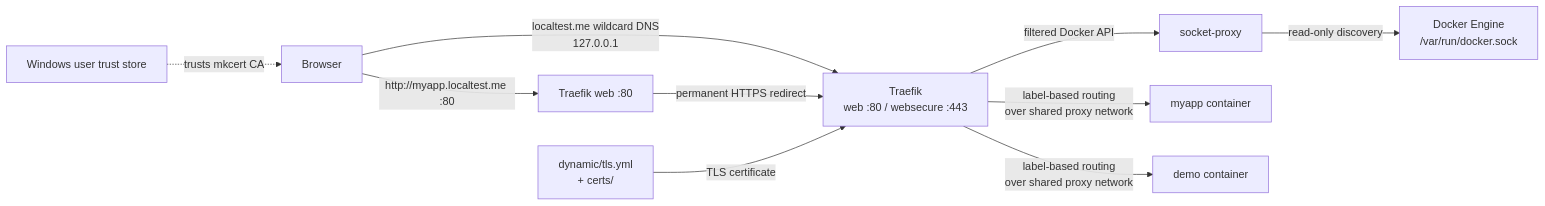
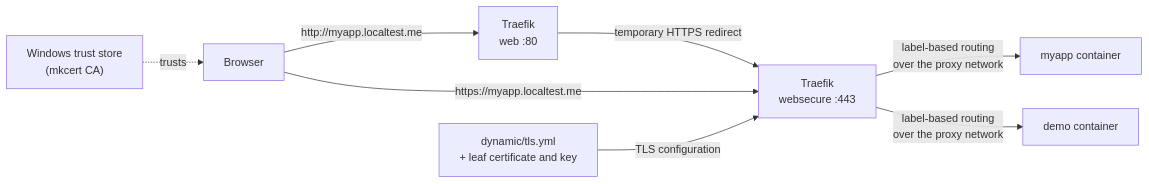
One commit to alopez505/traefik-local-proxy changed the first of 2 diagrams in README.md. Above: the diagram before and after it, drawn with Mermaid. The commit also changed other lines of this file and 16 other files, not shown here.

Commit message:
fix: harden certificate lifecycle and proxy mode switching

````diff
--- a/README.md
+++ b/README.md
@@ -76,12 +83,10 @@
 ```mermaid
 flowchart LR
-  Browser["Browser"] -->|"localtest.me wildcard DNS<br/>127.0.0.1"| T["Traefik<br/>web :80 / websecure :443"]
-  CA["Windows user trust store"] -. "trusts mkcert CA" .-> Browser
-  Browser -->|"http://myapp.localtest.me :80"| W["Traefik web :80"]
-  W -->|"permanent HTTPS redirect"| T
-  TLS["dynamic/tls.yml<br/>+ certs/"] -->|"TLS certificate"| T
-  T -->|"filtered Docker API"| S["socket-proxy"]
-  S -->|"read-only discovery"| D["Docker Engine<br/>/var/run/docker.sock"]
-  T -->|"label-based routing<br/>over shared proxy network"| A["myapp container"]
-  T -->|"label-based routing<br/>over shared proxy network"| B["demo container"]
+  Browser -->|"http://myapp.localtest.me"| W["Traefik<br/>web :80"]
+  W -->|"temporary HTTPS redirect"| SEC["Traefik<br/>websecure :443"]
+  Browser -->|"https://myapp.localtest.me"| SEC
+  CA["Windows trust store<br/>(mkcert CA)"] -. trusts .-> Browser
+  TLS["dynamic/tls.yml<br/>+ leaf certificate and key"] -->|"TLS configuration"| SEC
+  SEC -->|"label-based routing<br/>over the proxy network"| A["myapp container"]
+  SEC -->|"label-based routing<br/>over the proxy network"| B["demo container"]
 ```
````
